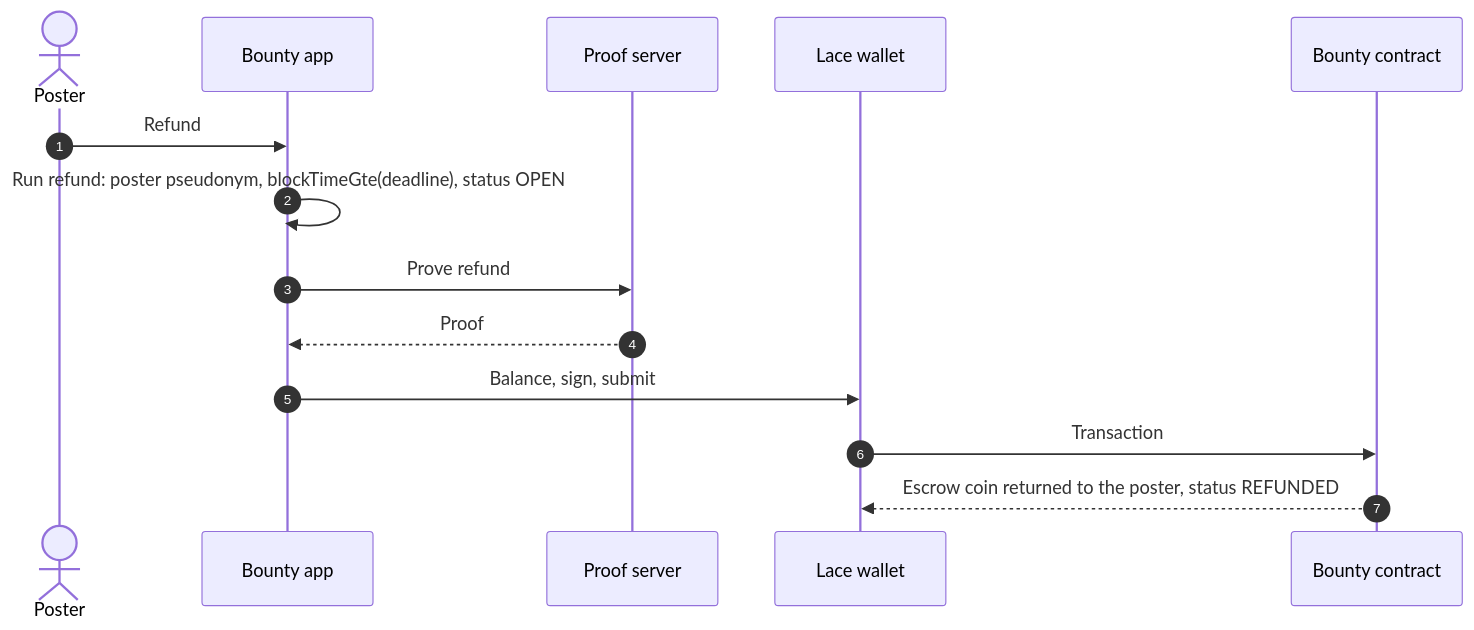
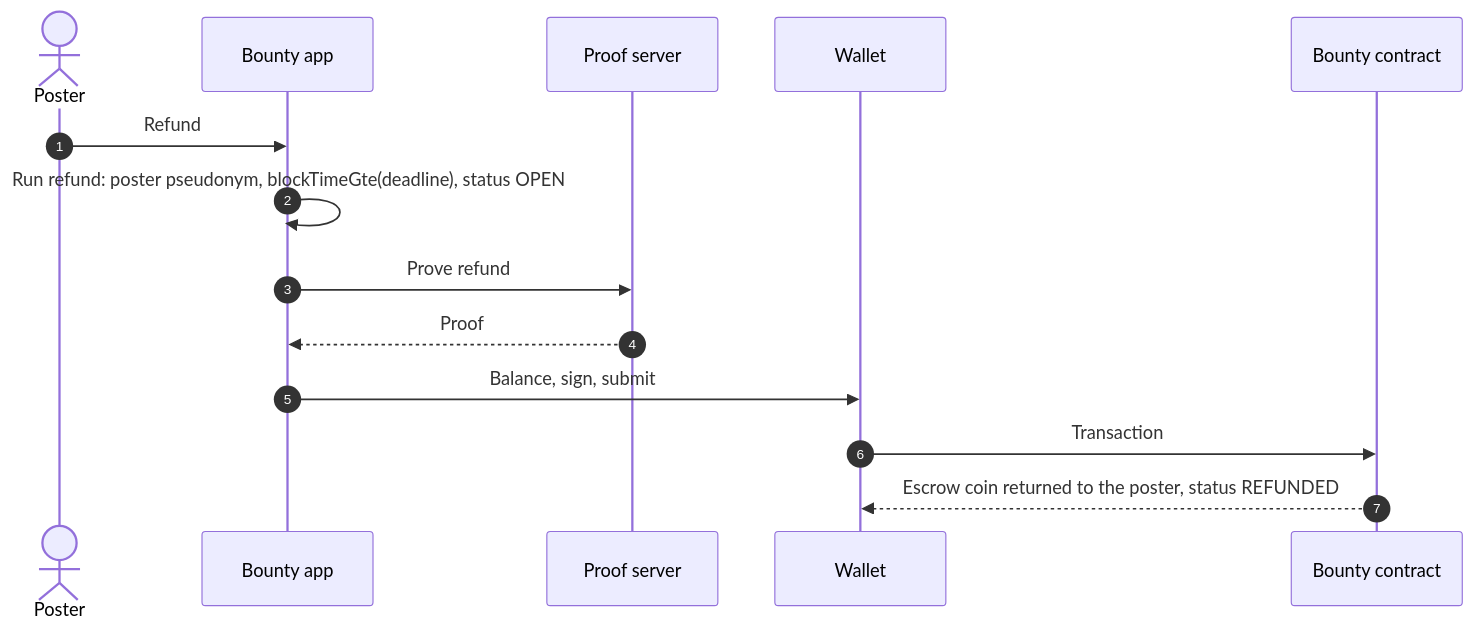
One commit to Kanasjnr/Midnight-private-bounties changed the sixth of 11 diagrams in ARCHITECTURE.md. Above: the diagram before and after it, drawn with Mermaid. The commit also changed other lines of this file and 2 other files, not shown here.

Commit message:
Support any DApp Connector wallet, not just Lace

````diff
--- a/ARCHITECTURE.md
+++ b/ARCHITECTURE.md
@@ -358,16 +358,16 @@
 ```mermaid
 sequenceDiagram
   autonumber
   actor P as Poster
   participant UI as Bounty app
   participant PS as Proof server
-  participant W as Lace wallet
+  participant W as Wallet
   participant C as Bounty contract
   P->>UI: Refund
   UI->>UI: Run refund: poster pseudonym, blockTimeGte(deadline), status OPEN
   UI->>PS: Prove refund
   PS-->>UI: Proof
   UI->>W: Balance, sign, submit
   W->>C: Transaction
   C-->>W: Escrow coin returned to the poster, status REFUNDED
 ```
````
